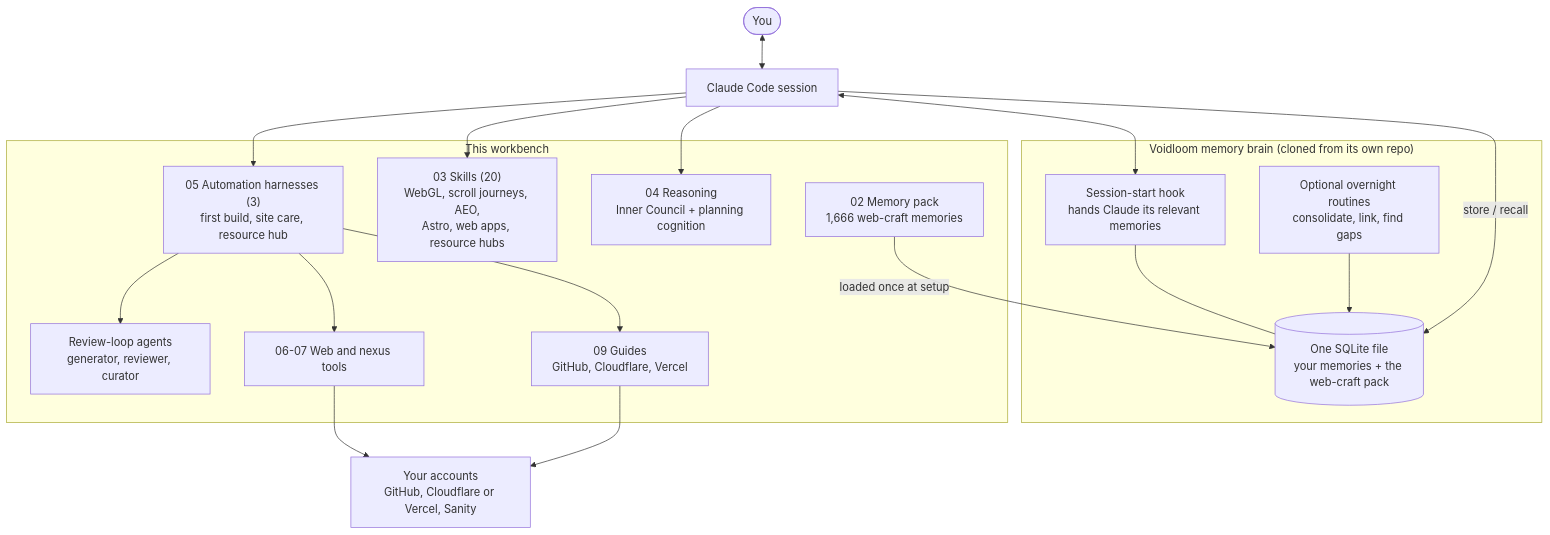
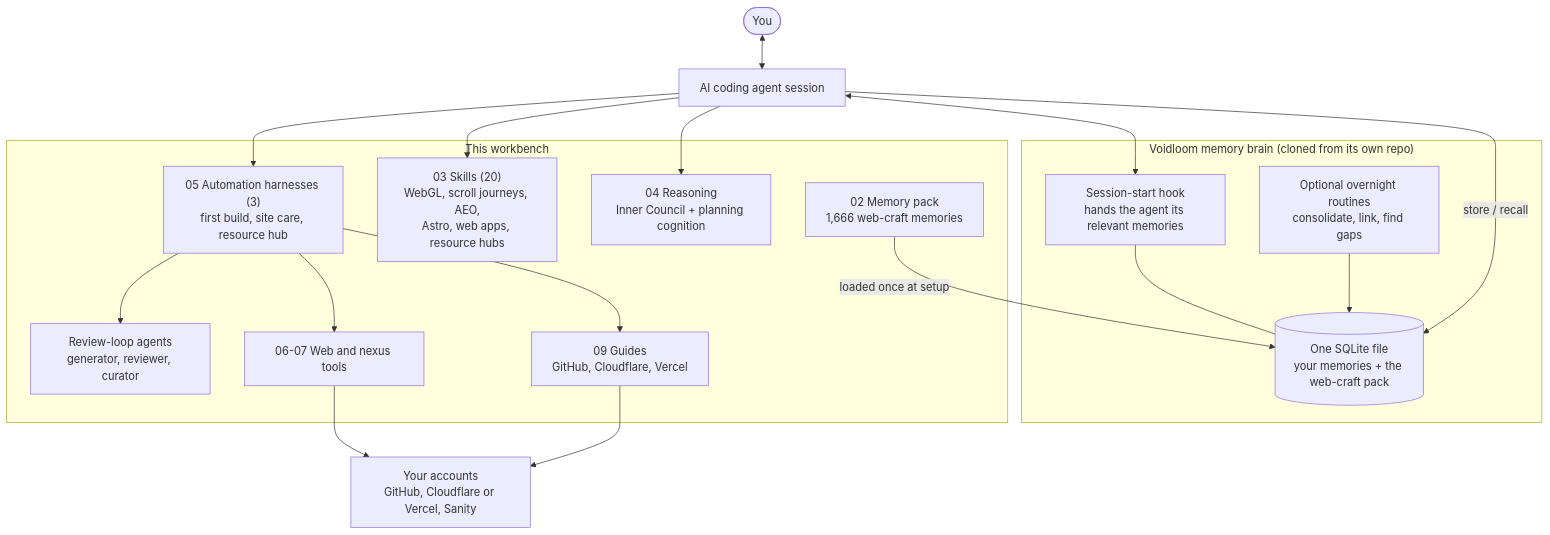
The first of 3 diagrams in README.md (void-wright/webdev-workbench), drawn with Mermaid before and after one commit. The commit also changed other lines of this file and 4 other files, not shown here.

First line of the commit message:
Name the tool generically: any AI coding agent, not only Claude Code

````diff
--- a/README.md
+++ b/README.md
@@ -65,35 +66,35 @@
 ```mermaid
 flowchart TB
-    you(["You"]) <--> cc["Claude Code session"]
+    you(["You"]) <--> cc["AI coding agent session"]
 
     subgraph brain["Voidloom memory brain (cloned from its own repo)"]
-        hook["Session-start hook<br/>hands Claude its relevant memories"]
+        hook["Session-start hook<br/>hands the agent its relevant memories"]
         db[("One SQLite file<br/>your memories + the web-craft pack")]
         organs["Optional overnight routines<br/>consolidate, link, find gaps"]
         hook --- db
         organs --> db
     end
 
     subgraph kit["This workbench"]
         pack["02 Memory pack<br/>1,666 web-craft memories"]
         skills["03 Skills (20)<br/>WebGL, scroll journeys, AEO,<br/>Astro, web apps, resource hubs"]
         reason["04 Reasoning<br/>Inner Council + planning cognition"]
         autos["05 Automation harnesses (3)<br/>first build, site care, resource hub"]
         agents["Review-loop agents<br/>generator, reviewer, curator"]
         tools["06-07 Web and nexus tools"]
         guides["09 Guides<br/>GitHub, Cloudflare, Vercel"]
     end
 
     cc <--> hook
     cc -- "store / recall" --> db
     pack -- "loaded once at setup" --> db
     cc --> skills
     cc --> reason
     cc --> autos
     autos --> agents
     autos --> tools
     autos --> guides
 
     tools --> hosts["Your accounts<br/>GitHub, Cloudflare or Vercel, Sanity"]
     guides --> hosts
 ```
````
